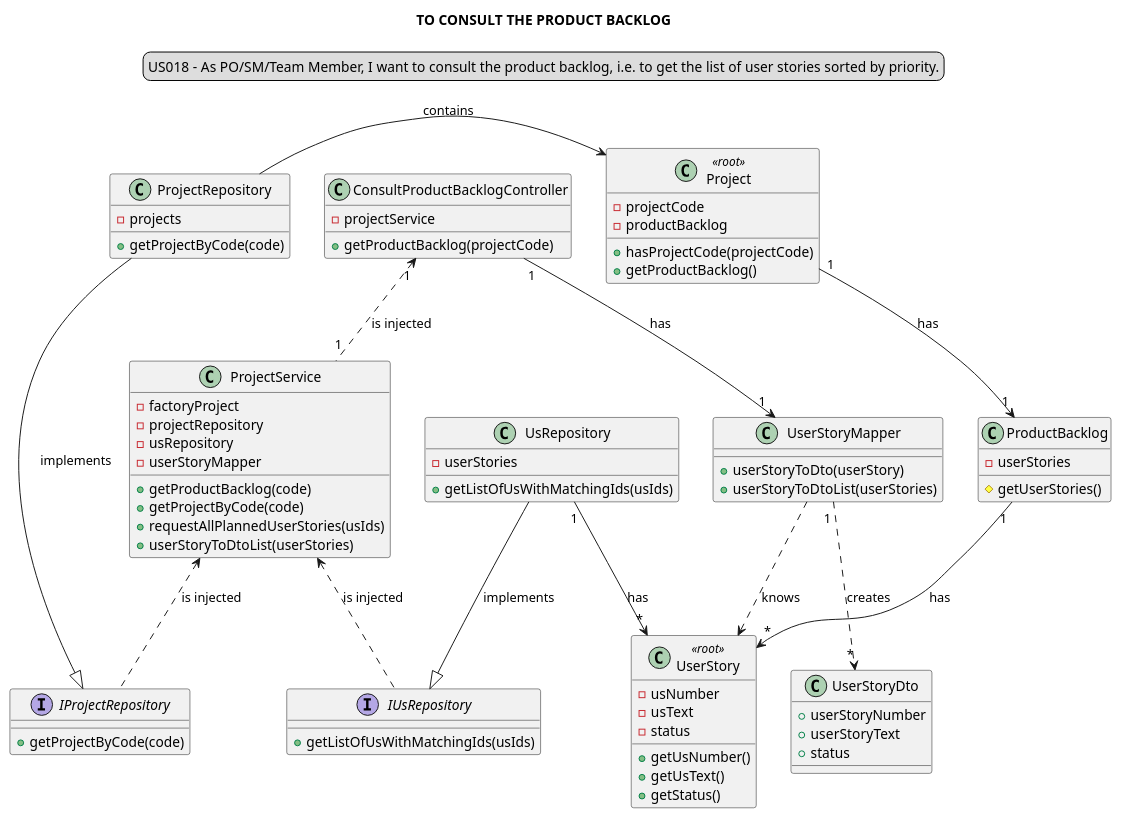
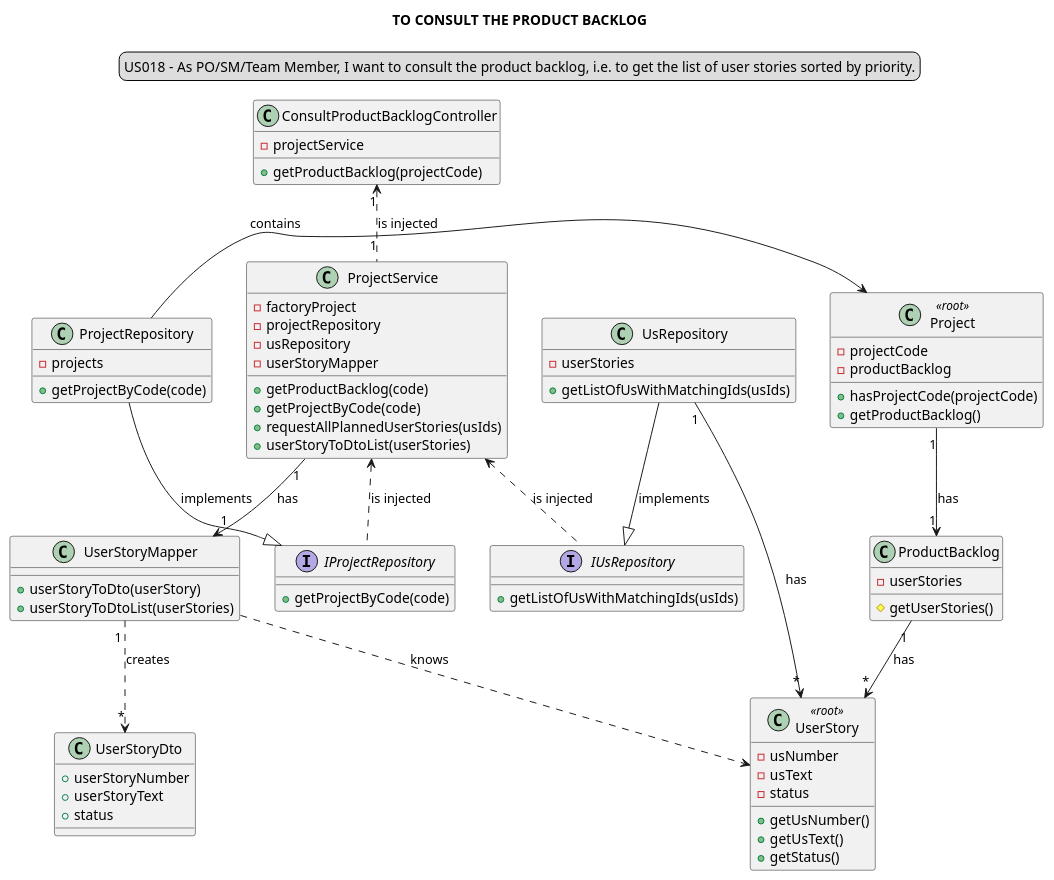
The diagram in docs/modelling_design/user_stories/sprint03/us018/US018_ClassDiagram_ddd.puml (Loracline/project_switch_22-23), drawn with PlantUML before and after one commit.

Commit message:
US018: Design: Refactor Class Diagram, addresses #276

```diff
--- a/docs/modelling_design/user_stories/sprint03/us018/US018_ClassDiagram_ddd.puml
+++ b/docs/modelling_design/user_stories/sprint03/us018/US018_ClassDiagram_ddd.puml
@@ -1,93 +1,93 @@
 @startuml
 'https://plantuml.com/class-diagram'
 
 title TO CONSULT THE PRODUCT BACKLOG
 skinparam sequenceMessageAlign center
 legend top
 US018 - As PO/SM/Team Member, I want to consult the product backlog, i.e. to get the list of user stories sorted by priority.
 end legend
 
 class "ConsultProductBacklogController" {
 -projectService
 +getProductBacklog(projectCode)
 }
 
 class "ProjectService"{
 -factoryProject
 -projectRepository
 -usRepository
 -userStoryMapper
 +getProductBacklog(code)
 +getProjectByCode(code)
 +requestAllPlannedUserStories(usIds)
 +userStoryToDtoList(userStories)
 }
 
 
 class "Project" <<root>>{
 -projectCode
 -productBacklog
 +hasProjectCode(projectCode)
 +getProductBacklog()
 }
 
 class "ProductBacklog"{
 -userStories
 #getUserStories()
 }
 
 
 
 class "UsRepository"{
 -userStories
 +getListOfUsWithMatchingIds(usIds)
 }
 
 class "UserStoryMapper"{
 +userStoryToDto(userStory)
 +userStoryToDtoList(userStories)
 }
 
 class "UserStory" <<root>>{
 -usNumber
 -usText
 -status
 +getUsNumber()
 +getUsText()
 +getStatus()
 }
 
 interface "IProjectRepository" {
 +getProjectByCode(code)
 }
 
 interface "IUsRepository" {
 +getListOfUsWithMatchingIds(usIds)
 }
 
 class ProjectRepository{
 -projects
 +getProjectByCode(code)
 }
 
 class "UserStoryDto"{
 +userStoryNumber
 +userStoryText
 +status
 }
 
 "ConsultProductBacklogController" "1"<.."1" "ProjectService":  is injected
 
 "Project" "1"-->"1" "ProductBacklog": has
 "ProductBacklog" "1"-->"*" "UserStory": has
 "ProjectRepository" -> "Project" : contains
 
 "UsRepository" "1"->"*" "UserStory": has
-"ConsultProductBacklogController" "1"-->"1" "UserStoryMapper" : has
 "UserStoryMapper" "1 "..> "*" "UserStoryDto" : creates
 "UserStoryMapper" ..> "UserStory" : knows
 "ProjectRepository" --|> "IProjectRepository" : implements
+"ProjectService" "1"-->"1" "UserStoryMapper" : has
 "ProjectService" <.. "IProjectRepository" : is injected
 "ProjectService" <.. "IUsRepository" : is injected
 "UsRepository" --|> "IUsRepository" :implements
 @enduml
```
